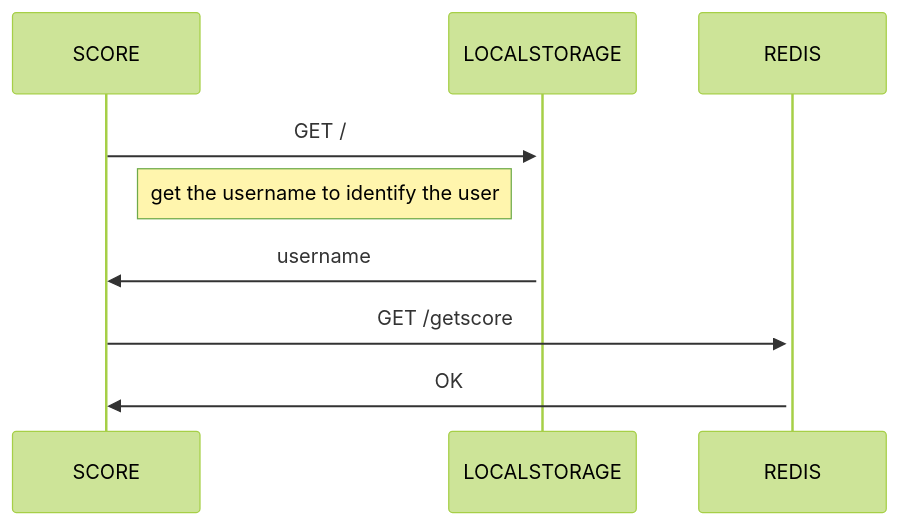
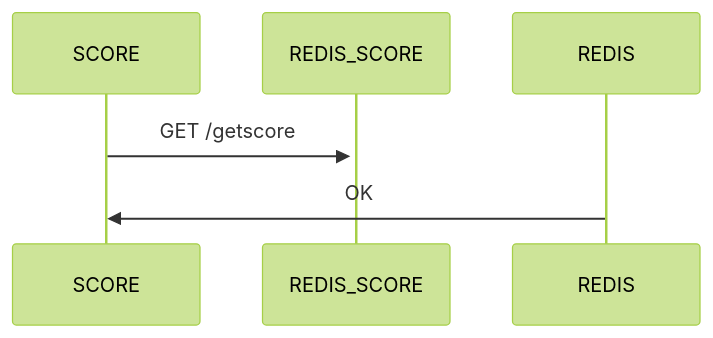
The third of 3 diagrams in README.md (essadany/motus), drawn with Mermaid (forest theme) before and after one commit. The commit also changed other lines of this file, not shown here.

````diff
--- a/README.md
+++ b/README.md
@@ -28,8 +27,5 @@
 ```mermaid
 sequenceDiagram
-    SCORE->>+LOCALSTORAGE : GET /
-    note left of LOCALSTORAGE : get the username to identify the user
-    LOCALSTORAGE->>SCORE: username
-    SCORE->>+REDIS : GET /getscore
+    SCORE->>+REDIS_SCORE : GET /getscore
     REDIS->>SCORE : OK
 ```
````
